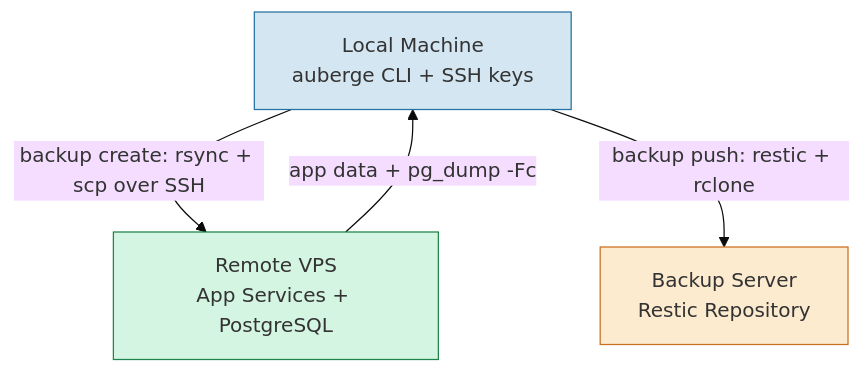
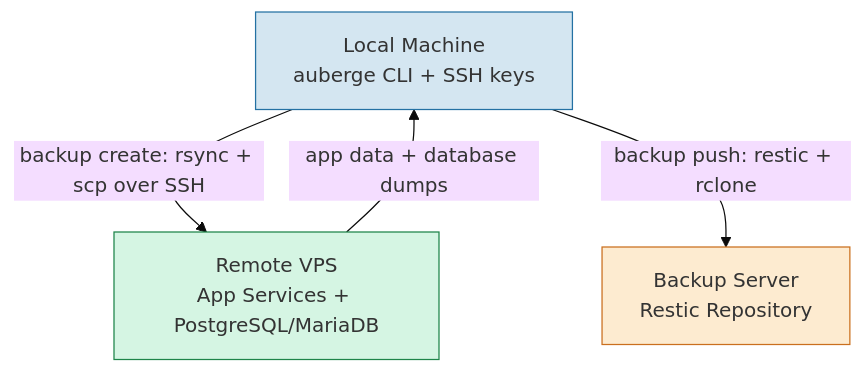
One commit to sripwoud/auberge changed the diagram in docs/backup-restore/overview.md. Above: the diagram before and after it, drawn with Mermaid (base theme). The commit also changed other lines of this file and 6 other files, not shown here.

````diff
--- a/docs/backup-restore/overview.md
+++ b/docs/backup-restore/overview.md
@@ -7,14 +7,14 @@
 ```mermaid
 graph TD
     Local["Local Machine<br/>auberge CLI + SSH keys"]
-    Remote["Remote VPS<br/>App Services + PostgreSQL"]
+    Remote["Remote VPS<br/>App Services + PostgreSQL/MariaDB"]
     Offsite["Backup Server<br/>Restic Repository"]
 
     Local -- "backup create: rsync + scp over SSH" --> Remote
-    Remote -- "app data + pg_dump -Fc" --> Local
+    Remote -- "app data + database dumps" --> Local
     Local -- "backup push: restic + rclone" --> Offsite
 
     style Local fill:#d4e6f1,stroke:#2471a3
     style Remote fill:#d5f5e3,stroke:#1e8449
     style Offsite fill:#fdebd0,stroke:#ca6f1e
 ```
````
